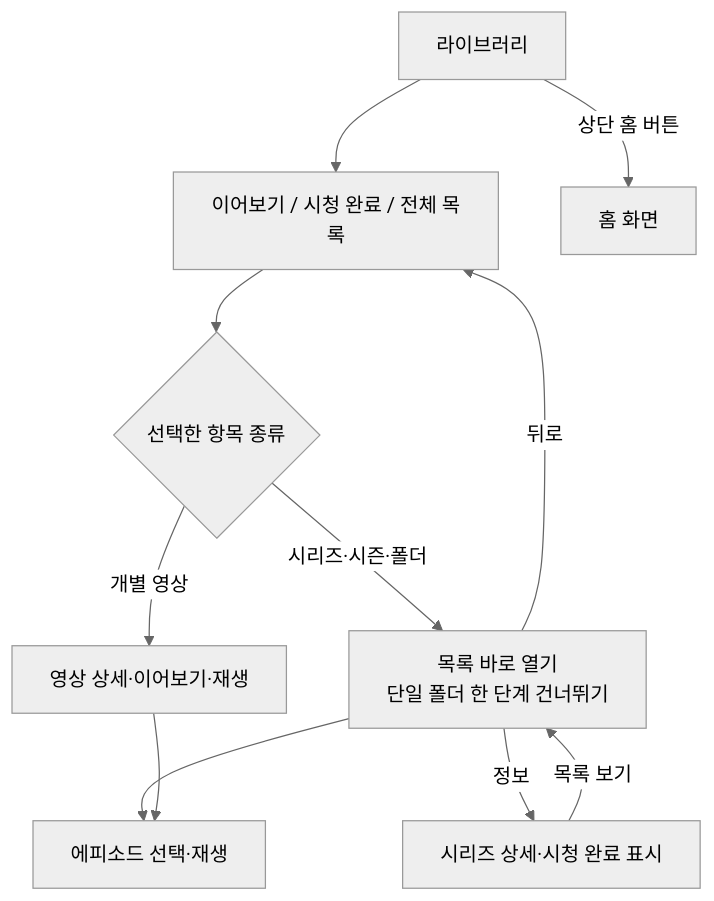
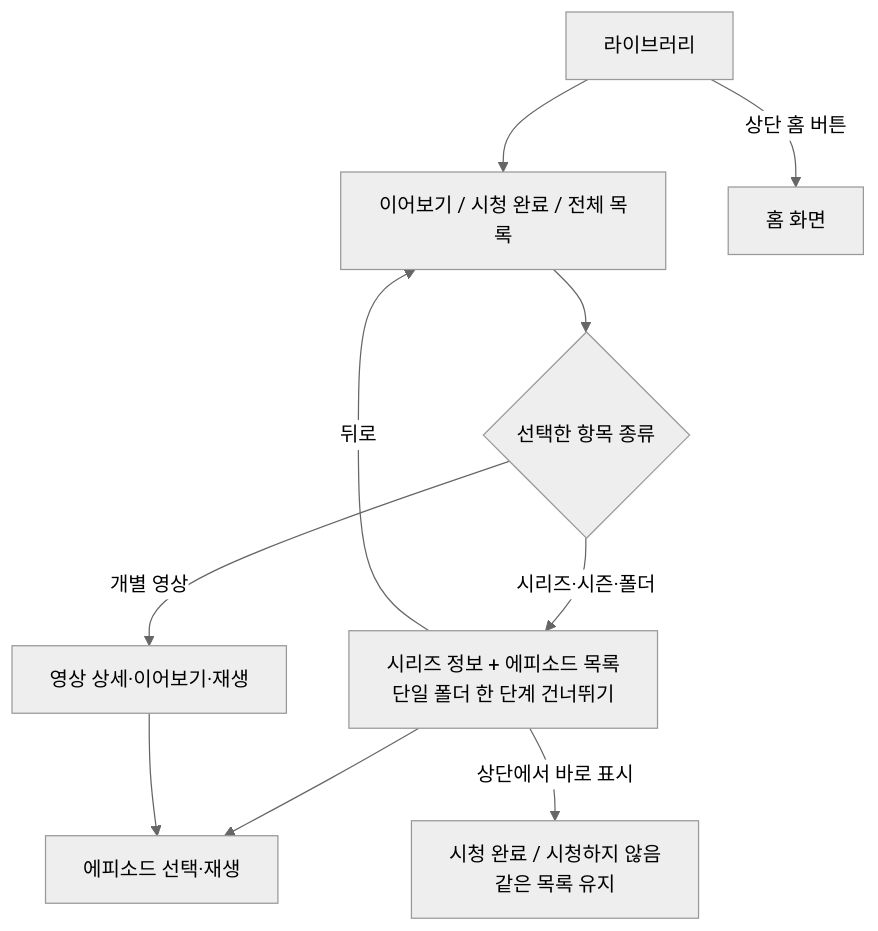
The third of 9 diagrams in USER_GUIDE.md (bluemirr8520-lgtm/plex-play-universal-updates), drawn with Mermaid (neutral theme) before and after one commit. The commit also changed other lines of this file and 10 other files, not shown here.

````diff
--- a/USER_GUIDE.md
+++ b/USER_GUIDE.md
@@ -152,13 +152,12 @@
 ```mermaid
 flowchart TD
     A["라이브러리"] --> B["이어보기 / 시청 완료 / 전체 목록"]
     B --> C{"선택한 항목 종류"}
-    C -->|시리즈·시즌·폴더| D["목록 바로 열기<br/>단일 폴더 한 단계 건너뛰기"]
+    C -->|시리즈·시즌·폴더| D["시리즈 정보 + 에피소드 목록<br/>단일 폴더 한 단계 건너뛰기"]
     C -->|개별 영상| E["영상 상세·이어보기·재생"]
     D --> F["에피소드 선택·재생"]
     E --> F
-    D -->|정보| I["시리즈 상세·시청 완료 표시"]
-    I -->|목록 보기| D
+    D -->|상단에서 바로 표시| I["시청 완료 / 시청하지 않음<br/>같은 목록 유지"]
     D -->|뒤로| B
     A -->|상단 홈 버튼| H["홈 화면"]
 ```
````
